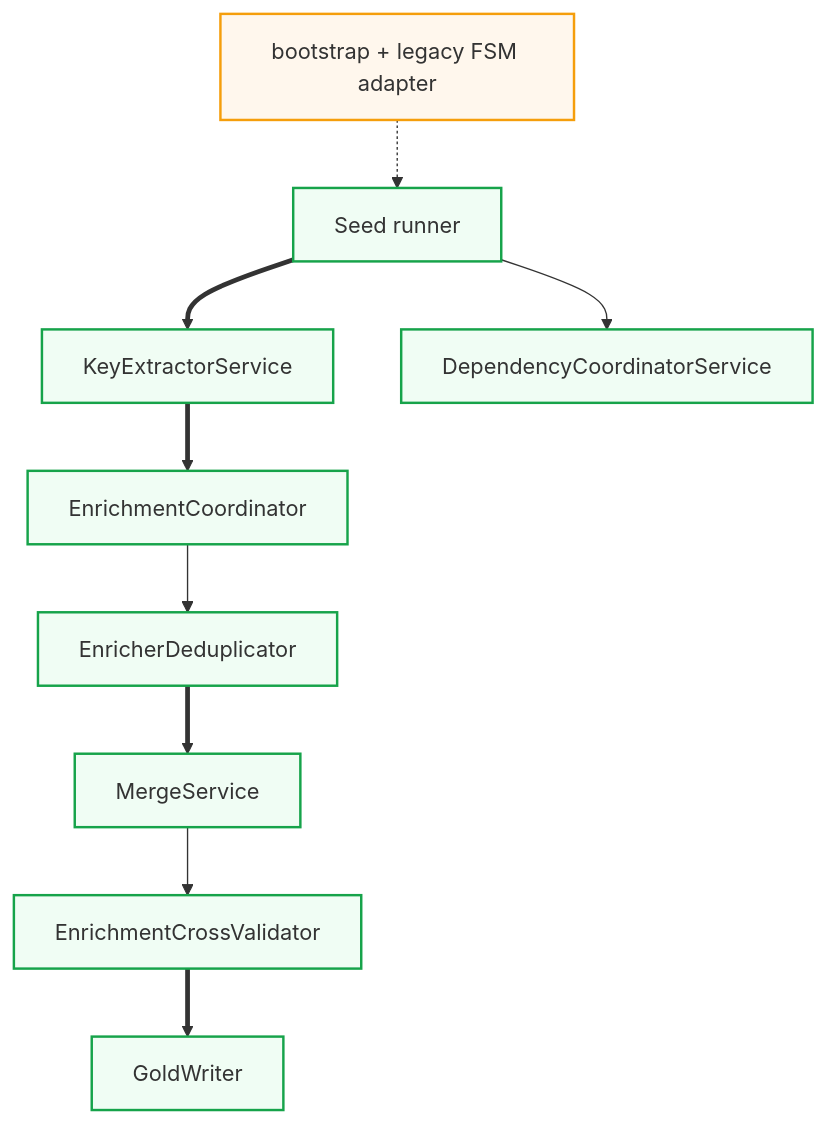
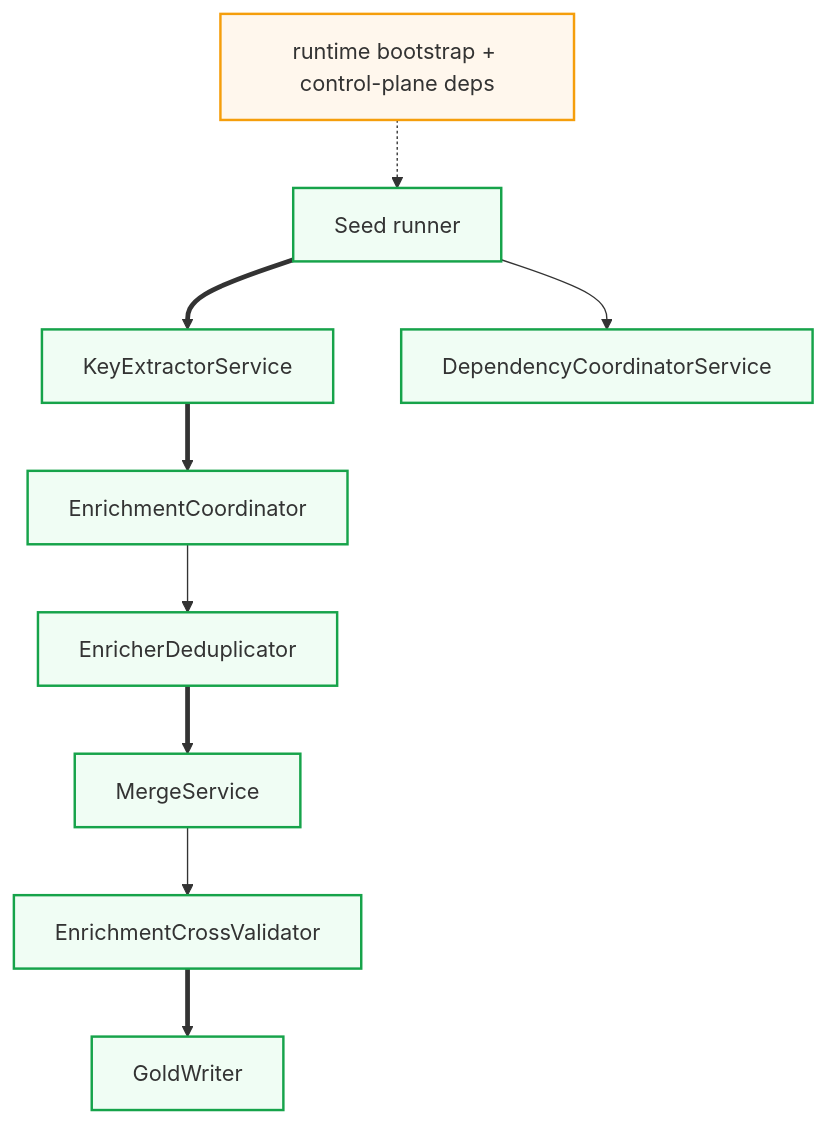
One commit to SatoryKono/BioactivityDataAcquisition changed the diagram in docs/02-architecture/diagrams/views/29-composite-pipeline-workflow-domain.mermaid. Above: the diagram before and after it, drawn with Mermaid. The commit also changed 27 other files, not shown here.

```diff
--- a/docs/02-architecture/diagrams/views/29-composite-pipeline-workflow-domain.mermaid
+++ b/docs/02-architecture/diagrams/views/29-composite-pipeline-workflow-domain.mermaid
@@ -1,16 +1,16 @@
 %% View: Domain-Focus | Parent: 29-composite-pipeline-workflow-full.mermaid
 %% @uniform width=168 height=56 max_title_len=16 max_desc_lines=1
 flowchart TB
-    BOOT["bootstrap + legacy FSM adapter"] -.-> SP["Seed runner"]
+    BOOT["runtime bootstrap + control-plane deps"] -.-> SP["Seed runner"]
     SP ==> KE["KeyExtractorService"]
     SP --> DC["DependencyCoordinatorService"]
     KE ==> EC["EnrichmentCoordinator"]
     EC --> DD["EnricherDeduplicator"]
     DD ==> MS["MergeService"]
     MS --> XV["EnrichmentCrossValidator"]
     XV ==> GW["GoldWriter"]
 
     classDef comp fill:#fff7ed,stroke:#f59e0b,stroke-width:1.8px;
     classDef app fill:#f0fdf4,stroke:#16a34a,stroke-width:1.8px;
     class BOOT comp;
     class SP,KE,DC,EC,DD,MS,XV,GW app;
```
